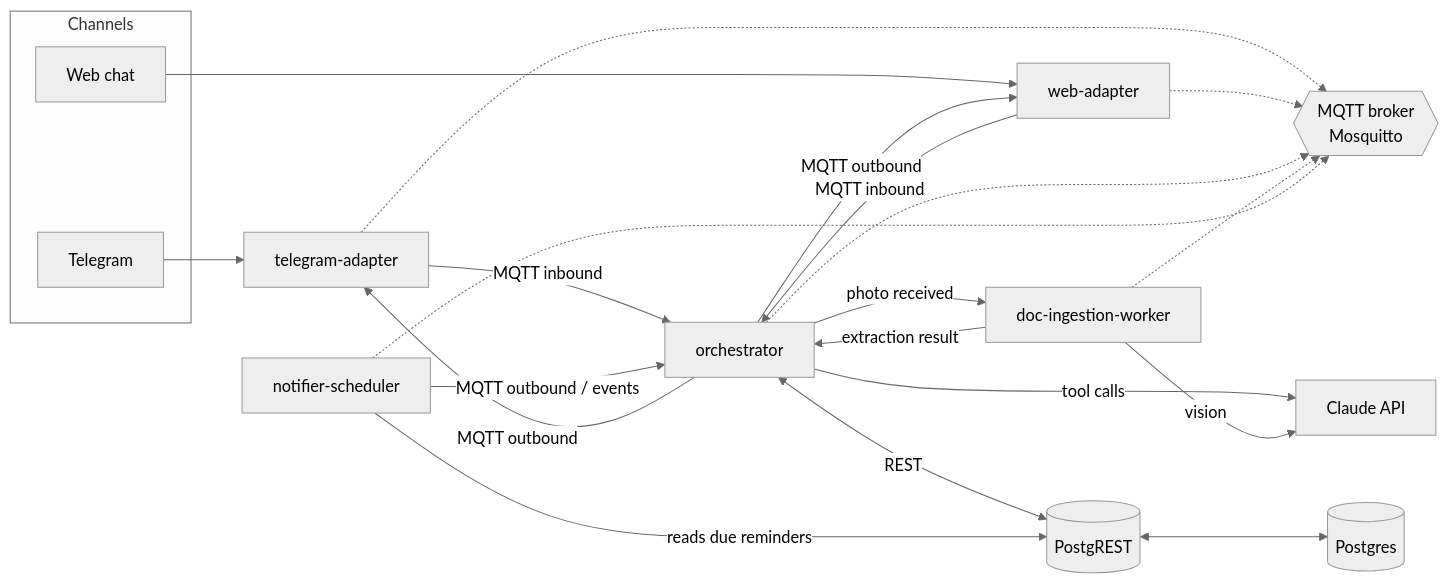
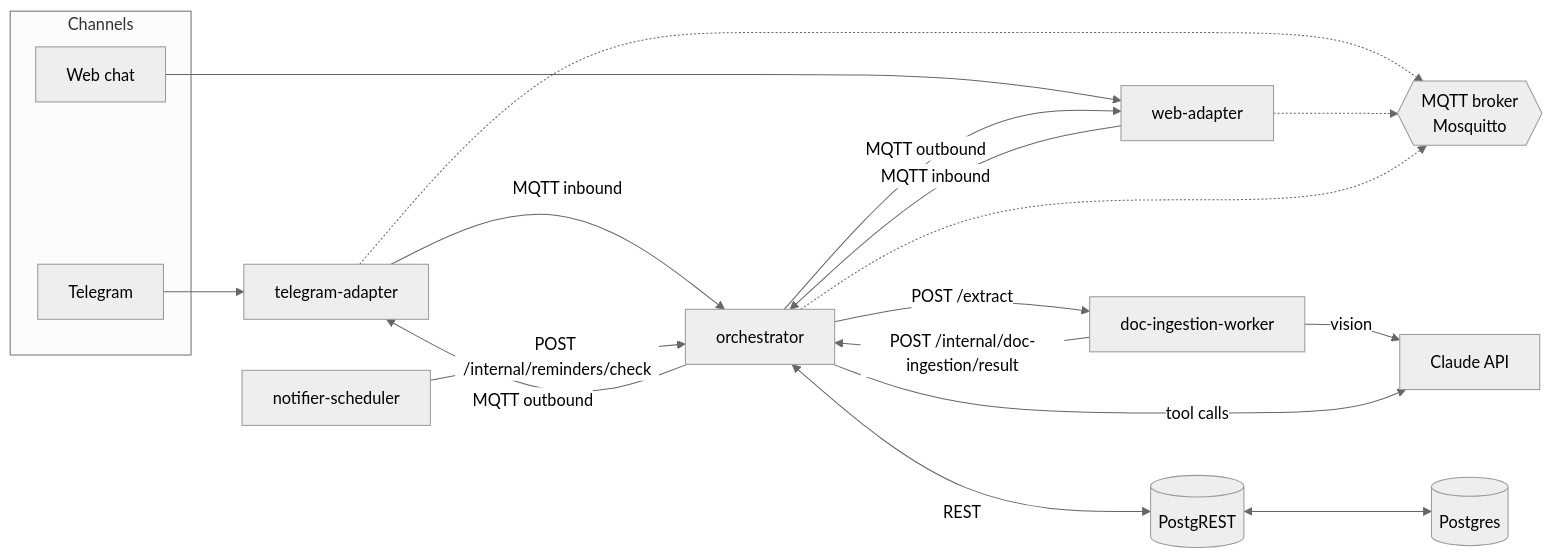
One commit to Kike-Ramirez/home-assistant changed the diagram in README.md. Above: the diagram before and after it, drawn with Mermaid (neutral theme). The commit also changed other lines of this file and 44 other files, not shown here.

Commit message:
Architecture Redesign and fully compatible with Barbara Configuration

````diff
--- a/README.md
+++ b/README.md
@@ -27,33 +27,30 @@
 ```mermaid
 flowchart LR
     subgraph Channels
         TG[Telegram]
         WEB[Web chat]
     end
 
     TG --> TA[telegram-adapter]
     WEB --> WA[web-adapter]
 
     TA -- MQTT inbound --> ORCH[orchestrator]
     WA -- MQTT inbound --> ORCH
     ORCH -- MQTT outbound --> TA
     ORCH -- MQTT outbound --> WA
 
-    ORCH -- photo received --> DIW[doc-ingestion-worker]
-    DIW -- extraction result --> ORCH
+    ORCH -- "POST /extract" --> DIW[doc-ingestion-worker]
+    DIW -- "POST /internal/doc-ingestion/result" --> ORCH
+    DIW -- vision --> CLAUDE[Claude API]
+
+    SCHED[notifier-scheduler] -- "POST /internal/reminders/check" --> ORCH
 
     ORCH <-- REST --> PGRST[(PostgREST)]
     PGRST <--> PG[(Postgres)]
-    ORCH -- tool calls --> CLAUDE[Claude API]
-    DIW -- vision --> CLAUDE
-
-    SCHED[notifier-scheduler] -- reads due reminders --> PGRST
-    SCHED -- MQTT outbound / events --> ORCH
+    ORCH -- tool calls --> CLAUDE
 
     MQTT{{MQTT broker<br/>Mosquitto}}
     TA -.-> MQTT
     WA -.-> MQTT
     ORCH -.-> MQTT
-    DIW -.-> MQTT
-    SCHED -.-> MQTT
 ```
````
